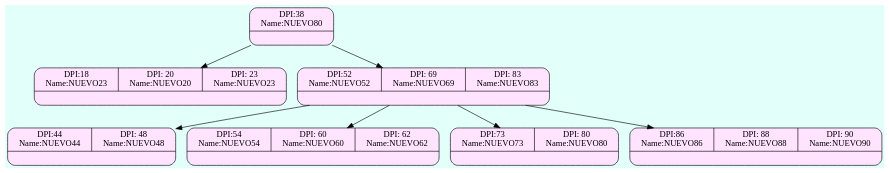
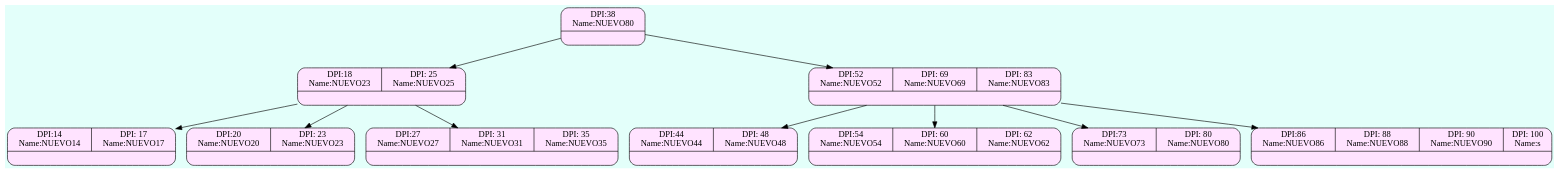
Before and after one commit to Serch-ING/EDD_UDRAWING_202000119: the diagram in FASE 2/Grafico/Admin_Btree_Clients.dot, drawn with Graphviz. The commit also changed 28 other files, not shown here.

```diff
--- a/FASE 2/Grafico/Admin_Btree_Clients.dot
+++ b/FASE 2/Grafico/Admin_Btree_Clients.dot
@@ -1,18 +1,24 @@
 digraph structs {
   bgcolor = "#E3FFFA"
  node [shape=Mrecord fillcolor="#FFE3FF" style =filled];
-struct1377033838[label="{{DPI:38\nName:NUEVO80}|<here>}"];
-struct1890947832[label="{{DPI:18\nName:NUEVO23|DPI: 20\nName:NUEVO20|DPI: 23\nName:NUEVO23}|<here>}"];
-struct1221991561[label="{{DPI:52\nName:NUEVO52|DPI: 69\nName:NUEVO69|DPI: 83\nName:NUEVO83}|<here>}"];
-struct844057639[label="{{DPI:44\nName:NUEVO44|DPI: 48\nName:NUEVO48}|<here>}"];
-struct1347949463[label="{{DPI:54\nName:NUEVO54|DPI: 60\nName:NUEVO60|DPI: 62\nName:NUEVO62}|<here>}"];
-struct484525418[label="{{DPI:73\nName:NUEVO73|DPI: 80\nName:NUEVO80}|<here>}"];
-struct2132426047[label="{{DPI:86\nName:NUEVO86|DPI: 88\nName:NUEVO88|DPI: 90\nName:NUEVO90}|<here>}"];
+struct419811119[label="{{DPI:38\nName:NUEVO80}|<here>}"];
+struct619387461[label="{{DPI:18\nName:NUEVO23|DPI: 25\nName:NUEVO25}|<here>}"];
+struct593836204[label="{{DPI:52\nName:NUEVO52|DPI: 69\nName:NUEVO69|DPI: 83\nName:NUEVO83}|<here>}"];
+struct1259706411[label="{{DPI:14\nName:NUEVO14|DPI: 17\nName:NUEVO17}|<here>}"];
+struct2094947025[label="{{DPI:20\nName:NUEVO20|DPI: 23\nName:NUEVO23}|<here>}"];
+struct1789501[label="{{DPI:27\nName:NUEVO27|DPI: 31\nName:NUEVO31|DPI: 35\nName:NUEVO35}|<here>}"];
+struct171030218[label="{{DPI:44\nName:NUEVO44|DPI: 48\nName:NUEVO48}|<here>}"];
+struct1828893543[label="{{DPI:54\nName:NUEVO54|DPI: 60\nName:NUEVO60|DPI: 62\nName:NUEVO62}|<here>}"];
+struct1661232324[label="{{DPI:73\nName:NUEVO73|DPI: 80\nName:NUEVO80}|<here>}"];
+struct1749806211[label="{{DPI:86\nName:NUEVO86|DPI: 88\nName:NUEVO88|DPI: 90\nName:NUEVO90|DPI: 100\nName:s}|<here>}"];
 
-struct1377033838->struct1890947832;
-struct1377033838->struct1221991561;
-struct1221991561->struct844057639;
-struct1221991561->struct1347949463;
-struct1221991561->struct484525418;
-struct1221991561->struct2132426047;
+struct419811119->struct619387461;
+struct419811119->struct593836204;
+struct619387461->struct1259706411;
+struct619387461->struct2094947025;
+struct619387461->struct1789501;
+struct593836204->struct171030218;
+struct593836204->struct1828893543;
+struct593836204->struct1661232324;
+struct593836204->struct1749806211;
 }
```
